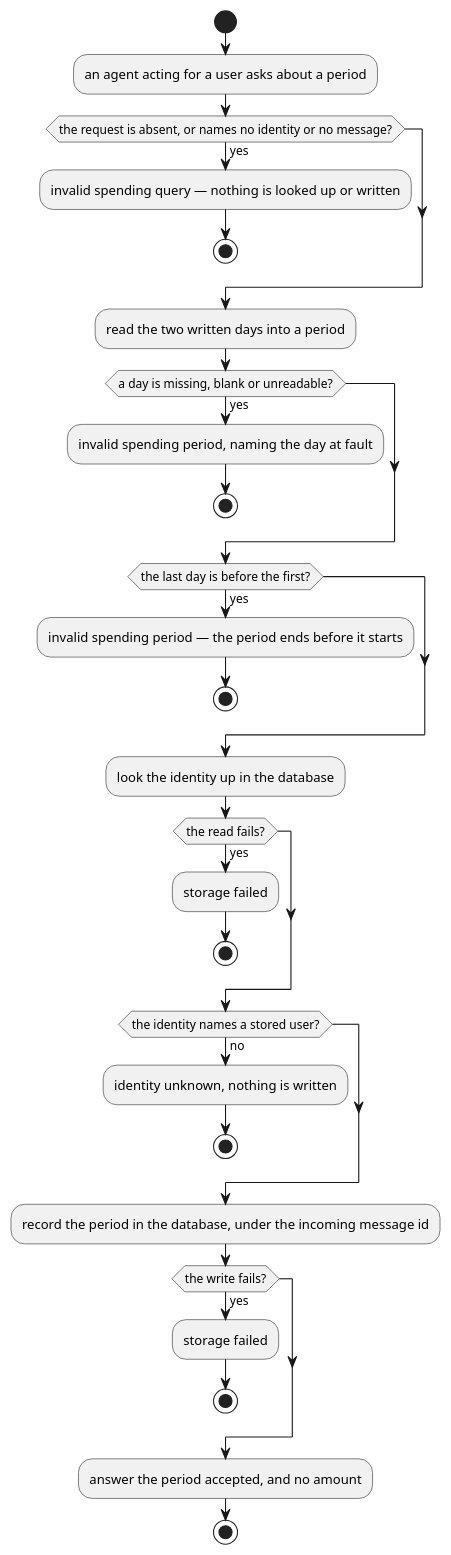
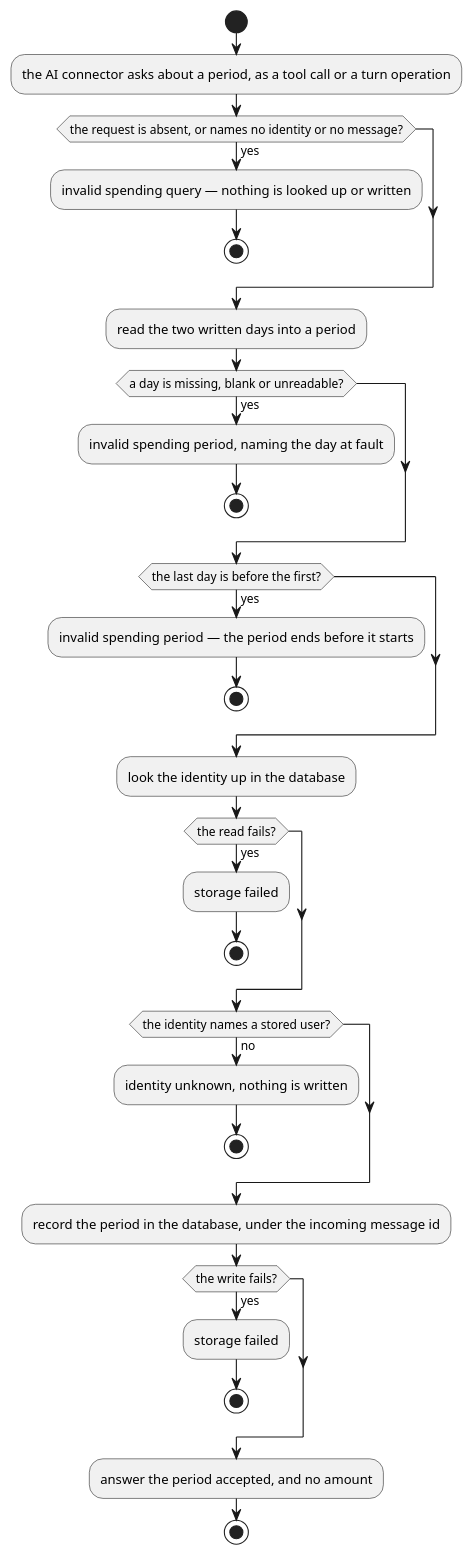
One commit to ds-usova/finance-bot changed the second of 2 diagrams in ledger-service/docs/usecases/summarize-spending.md. Above: the diagram before and after it, drawn with PlantUML. The commit also changed other lines of this file and 13 other files, not shown here.

````diff
--- a/ledger-service/docs/usecases/summarize-spending.md
+++ b/ledger-service/docs/usecases/summarize-spending.md
@@ -79,35 +87,35 @@
 ```plantuml
 @startuml SummarizeSpending-Activity
 start
-:an agent acting for a user asks about a period;
+:the AI connector asks about a period, as a tool call or a turn operation;
 if (the request is absent, or names no identity or no message?) then (yes)
   :invalid spending query — nothing is looked up or written;
   stop
 endif
 :read the two written days into a period;
 if (a day is missing, blank or unreadable?) then (yes)
   :invalid spending period, naming the day at fault;
   stop
 endif
 if (the last day is before the first?) then (yes)
   :invalid spending period — the period ends before it starts;
   stop
 endif
 :look the identity up in the database;
 if (the read fails?) then (yes)
   :storage failed;
   stop
 endif
 if (the identity names a stored user?) then (no)
   :identity unknown, nothing is written;
   stop
 endif
 :record the period in the database, under the incoming message id;
 if (the write fails?) then (yes)
   :storage failed;
   stop
 endif
 :answer the period accepted, and no amount;
 stop
 @enduml
 ```
````
